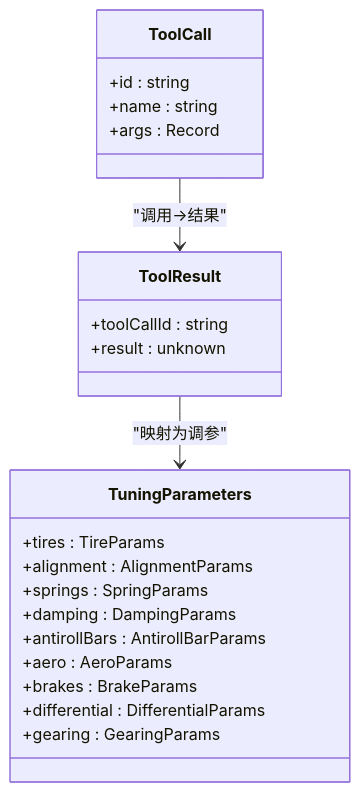
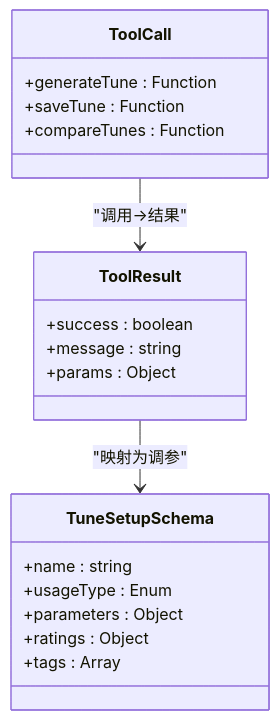
One commit to aHin0805/FH6CarSettingAgent changed the fifth of 7 diagrams in .qoder/repowiki/zh/content/AI集成模块/AI集成模块.md. Above: the diagram before and after it, drawn with Mermaid. The commit also changed other lines of this file and 12 other files, not shown here.

````diff
--- a/.qoder/repowiki/zh/content/AI集成模块/AI集成模块.md
+++ b/.qoder/repowiki/zh/content/AI集成模块/AI集成模块.md
@@ -199,25 +202,22 @@
 ```mermaid
 classDiagram
 class ToolCall {
-+id : string
-+name : string
-+args : Record
++generateTune : Function
++saveTune : Function
++compareTunes : Function
 }
 class ToolResult {
-+toolCallId : string
-+result : unknown
++success : boolean
++message : string
++params : Object
 }
-class TuningParameters {
-+tires : TireParams
-+alignment : AlignmentParams
-+springs : SpringParams
-+damping : DampingParams
-+antirollBars : AntirollBarParams
-+aero : AeroParams
-+brakes : BrakeParams
-+differential : DifferentialParams
-+gearing : GearingParams
+class TuneSetupSchema {
++name : string
++usageType : Enum
++parameters : Object
++ratings : Object
++tags : Array
 }
 ToolCall --> ToolResult : "调用->结果"
-ToolResult --> TuningParameters : "映射为调参"
+ToolResult --> TuneSetupSchema : "映射为调参"
 ```
````
